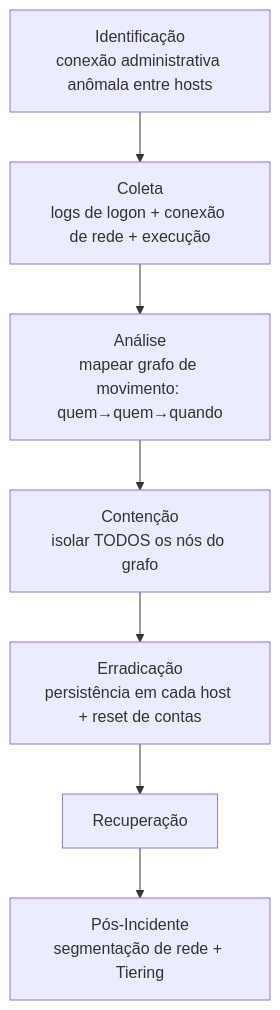
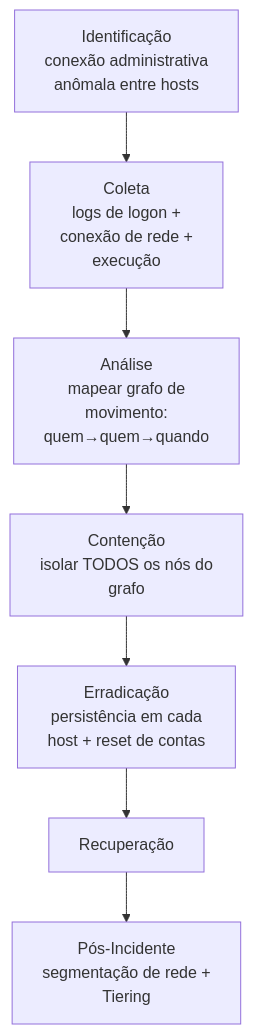
Before and after one commit to LuucasVerdun/Cyber-Attack-Analysis-Framework: the diagram in Attack-Categories/Lateral-Movement/README.md, drawn with Mermaid. The commit also changed 28 other files, not shown here.

````diff
--- a/Attack-Categories/Lateral-Movement/README.md
+++ b/Attack-Categories/Lateral-Movement/README.md
@@ -45,9 +45,9 @@
 ```mermaid
 flowchart TD
-    A[Identificação<br/>conexão administrativa anômala entre hosts] --> B[Coleta<br/>logs de logon + conexão de rede + execução]
-    B --> C[Análise<br/>mapear grafo de movimento: quem→quem→quando]
-    C --> D[Contenção<br/>isolar TODOS os nós do grafo]
-    D --> E[Erradicação<br/>persistência em cada host + reset de contas]
+    A[Identificação<br/>conexão administrativa<br/>anômala entre hosts] --> B[Coleta<br/>logs de logon +<br/>conexão de rede +<br/>execução]
+    B --> C[Análise<br/>mapear grafo de<br/>movimento:<br/>quem→quem→quando]
+    C --> D[Contenção<br/>isolar TODOS os nós do<br/>grafo]
+    D --> E[Erradicação<br/>persistência em cada<br/>host + reset de contas]
     E --> F[Recuperação]
-    F --> G[Pós-Incidente<br/>segmentação de rede + Tiering]
+    F --> G[Pós-Incidente<br/>segmentação de rede +<br/>Tiering]
 ```
````
